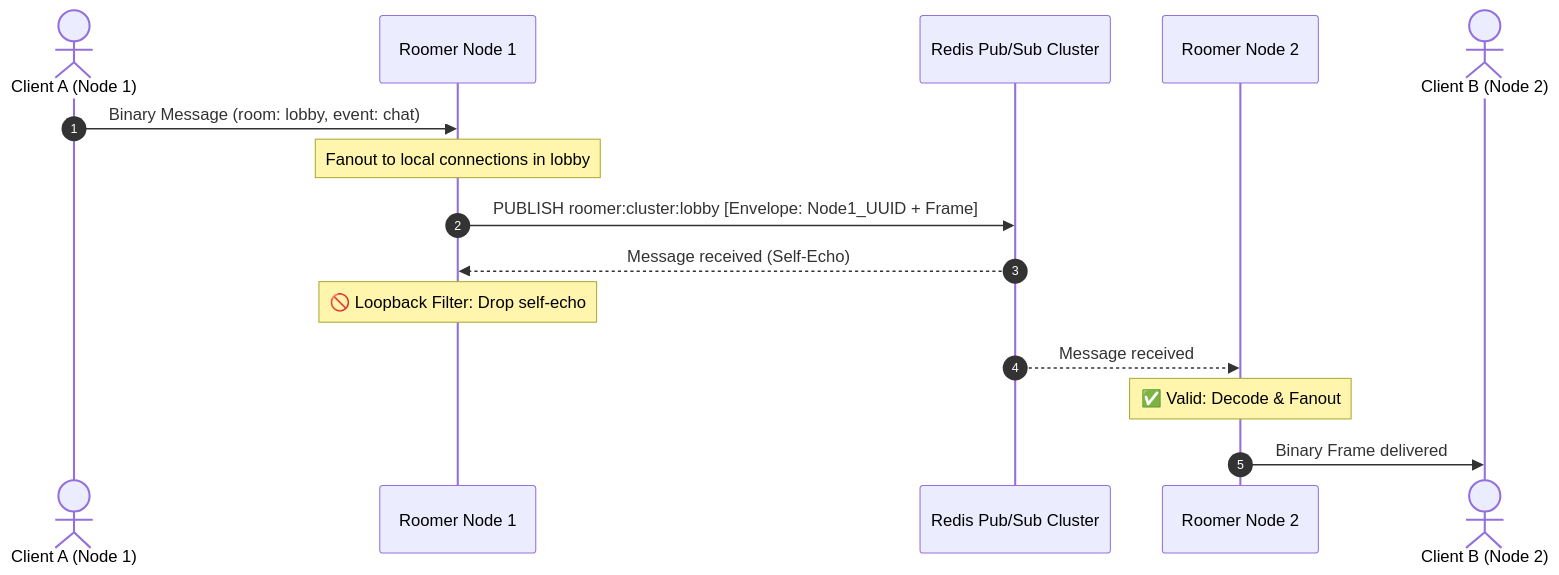
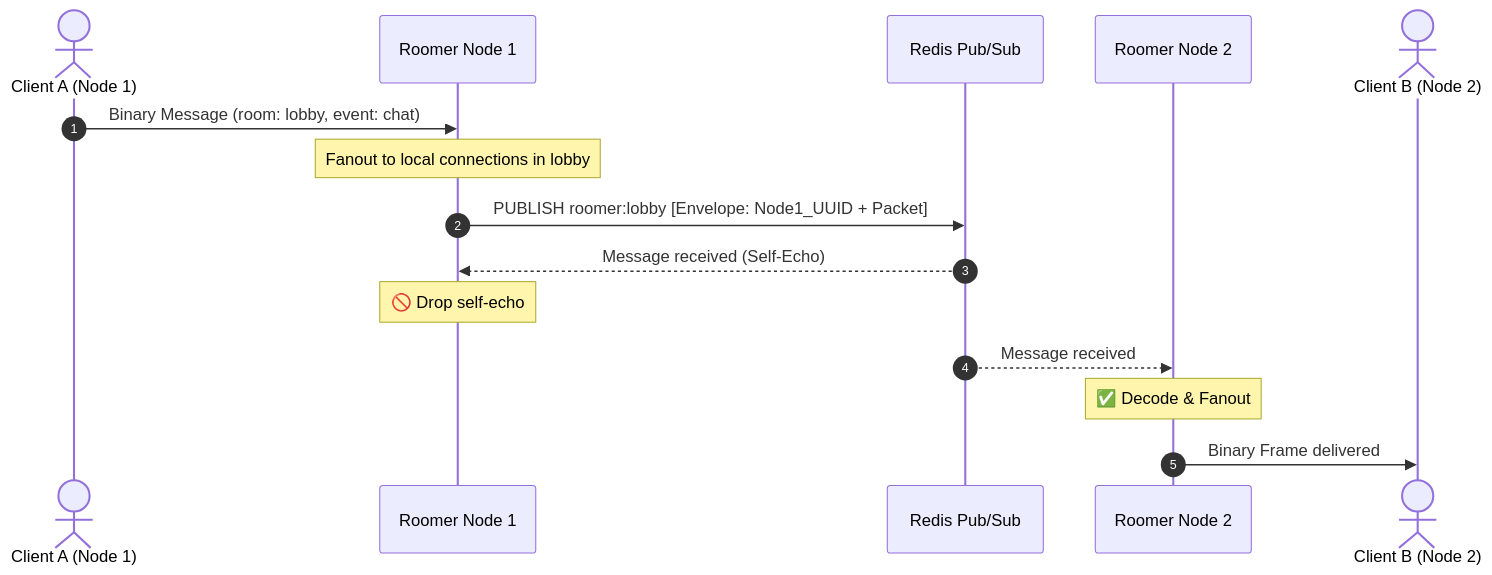
Before and after one commit to joncody/roomer: the first of 2 diagrams in README.md, drawn with Mermaid. The commit also changed other lines of this file and 31 other files, not shown here.

````diff
--- a/README.md
+++ b/README.md
@@ -34,18 +48,18 @@
 ```mermaid
 sequenceDiagram
     autonumber
     actor ClientA as Client A (Node 1)
     participant Node1 as Roomer Node 1
-    participant Redis as Redis Pub/Sub Cluster
+    participant Redis as Redis Pub/Sub
     participant Node2 as Roomer Node 2
     actor ClientB as Client B (Node 2)
 
     ClientA->>Node1: Binary Message (room: lobby, event: chat)
     Note over Node1: Fanout to local connections in lobby
-    Node1->>Redis: PUBLISH roomer:cluster:lobby [Envelope: Node1_UUID + Frame]
+    Node1->>Redis: PUBLISH roomer:lobby [Envelope: Node1_UUID + Packet]
     Redis-->>Node1: Message received (Self-Echo)
-    Note over Node1: 🚫 Loopback Filter: Drop self-echo
+    Note over Node1: 🚫 Drop self-echo
     Redis-->>Node2: Message received
-    Note over Node2: ✅ Valid: Decode & Fanout
+    Note over Node2: ✅ Decode & Fanout
     Node2->>ClientB: Binary Frame delivered
 ```
````
